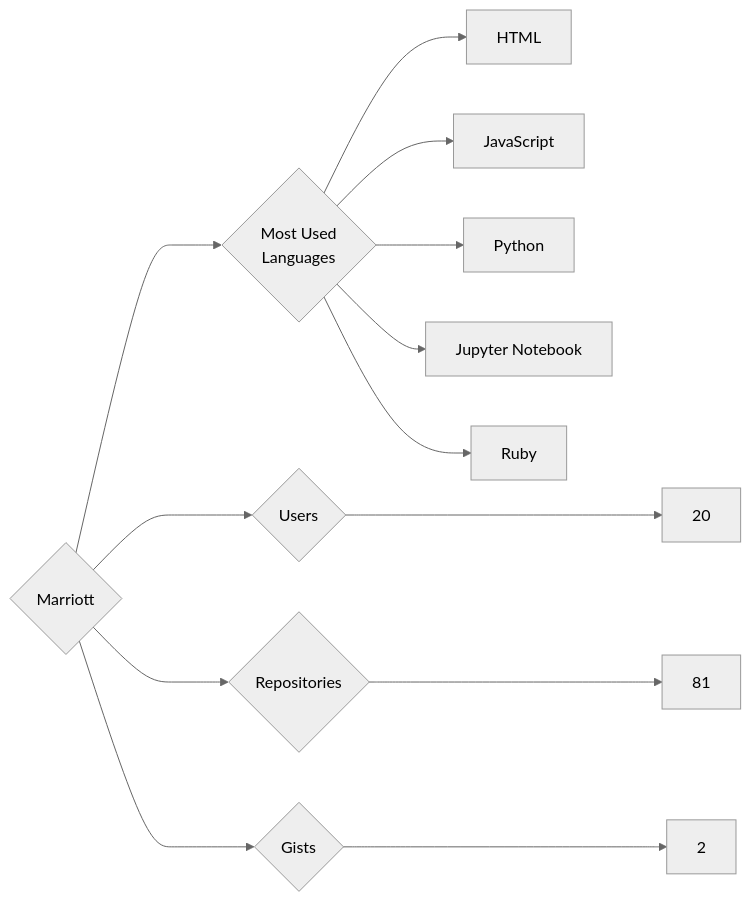
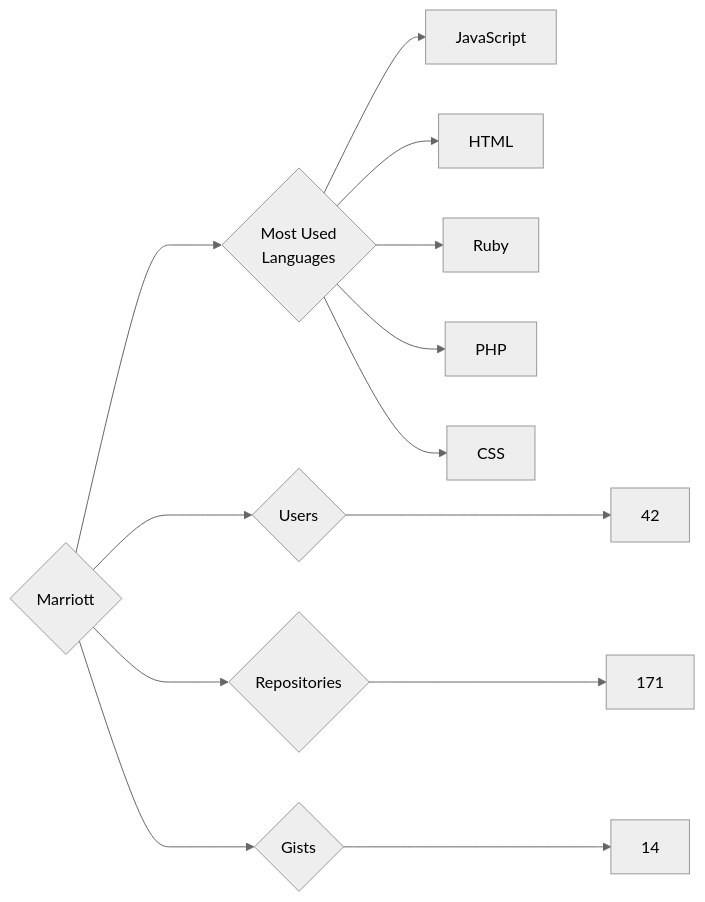
The diagram in targets/Marriott/README.md (trickest/insiders), drawn with Mermaid (neutral theme) before and after one commit. The commit also changed 973 other files, not shown here.

````diff
--- a/targets/Marriott/README.md
+++ b/targets/Marriott/README.md
@@ -3,13 +3,13 @@
 ```mermaid
 graph LR
 COMPANY_NAME{Marriott}
-COMPANY_NAME ---> U{Users} ---> UN[20]
-COMPANY_NAME ---> R{Repositories} ---> RN[81]
-COMPANY_NAME ---> G{Gists} ---> GN[2]
+COMPANY_NAME ---> U{Users} ---> UN[42]
+COMPANY_NAME ---> R{Repositories} ---> RN[171]
+COMPANY_NAME ---> G{Gists} ---> GN[14]
 COMPANY_NAME ---> ML{Most Used<br>Languages}
+ML --> JavaScript[JavaScript]
 ML --> HTML[HTML]
-ML --> JavaScript[JavaScript]
-ML --> Python[Python]
-ML --> Jupyter_Notebook[Jupyter Notebook]
 ML --> Ruby[Ruby]
+ML --> PHP[PHP]
+ML --> CSS[CSS]
 ```
````
